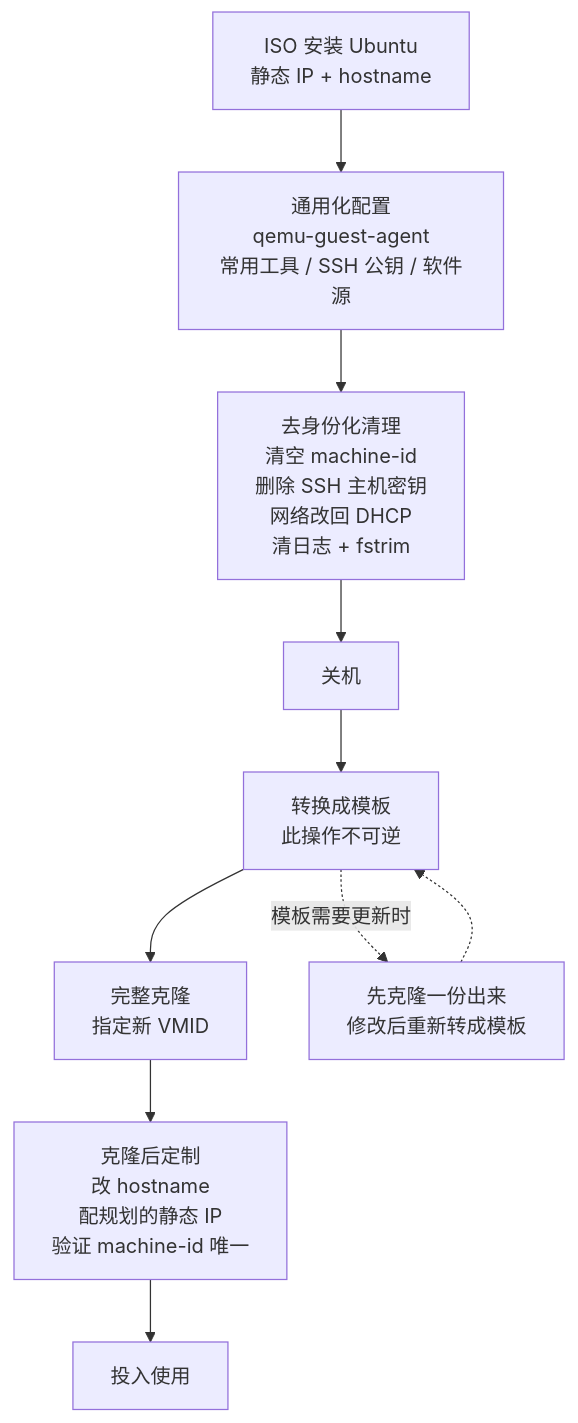
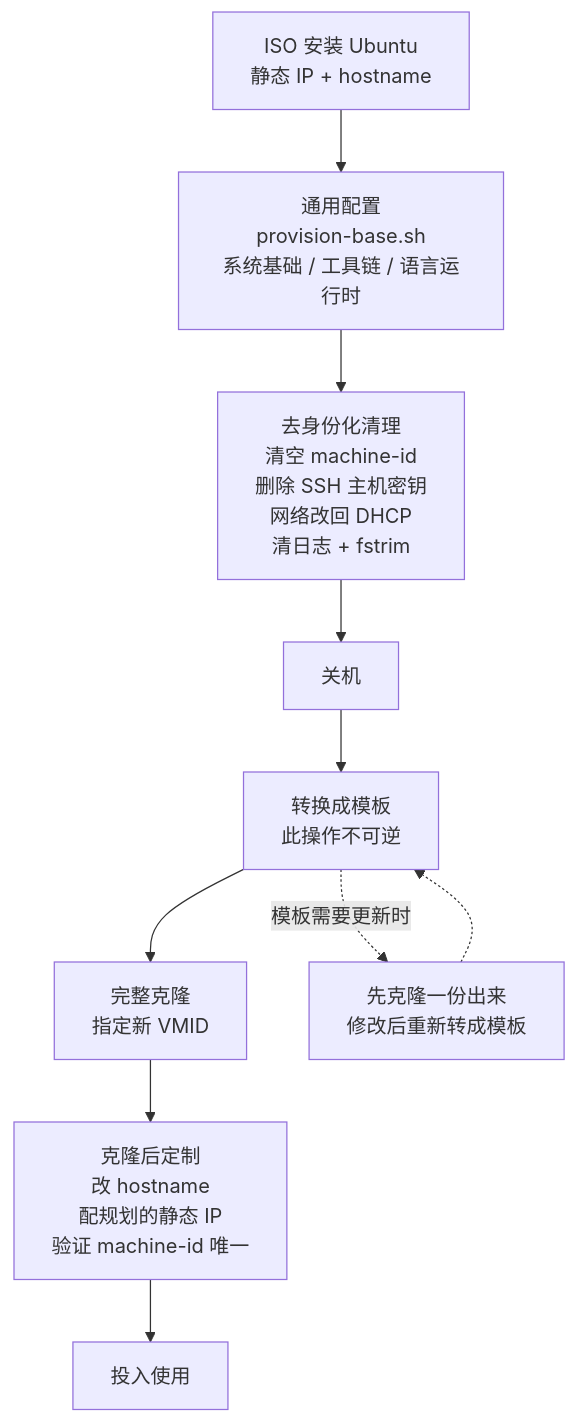
The diagram in docs/04-vm-template.md (Jingk97/homelab), drawn with Mermaid before and after one commit. The commit also changed other lines of this file, not shown here.

````diff
--- a/docs/04-vm-template.md
+++ b/docs/04-vm-template.md
@@ -11,12 +11,12 @@
 ```mermaid
 flowchart TD
-    A["ISO 安装 Ubuntu<br/>静态 IP + hostname"] --> B["通用化配置<br/>qemu-guest-agent<br/>常用工具 / SSH 公钥 / 软件源"]
+    A["ISO 安装 Ubuntu<br/>静态 IP + hostname"] --> B["通用配置<br/>provision-base.sh<br/>系统基础 / 工具链 / 语言运行时"]
     B --> C["去身份化清理<br/>清空 machine-id<br/>删除 SSH 主机密钥<br/>网络改回 DHCP<br/>清日志 + fstrim"]
     C --> D["关机"]
     D --> E["转换成模板<br/>此操作不可逆"]
     E --> F["完整克隆<br/>指定新 VMID"]
     F --> G["克隆后定制<br/>改 hostname<br/>配规划的静态 IP<br/>验证 machine-id 唯一"]
     G --> H["投入使用"]
     E -.->|"模板需要更新时"| I["先克隆一份出来<br/>修改后重新转成模板"]
     I -.-> E
 ```
````
